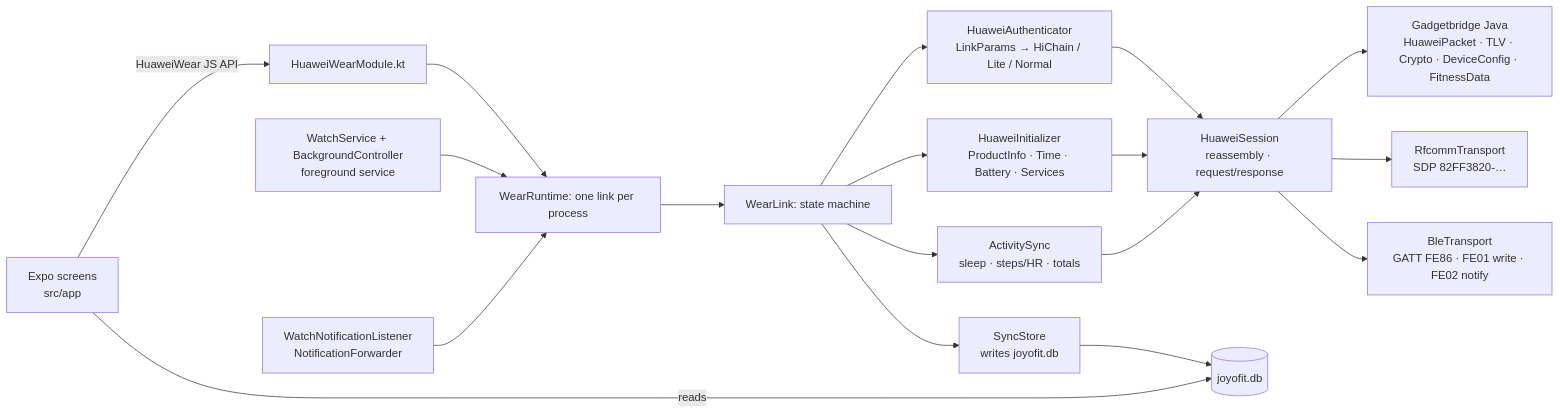
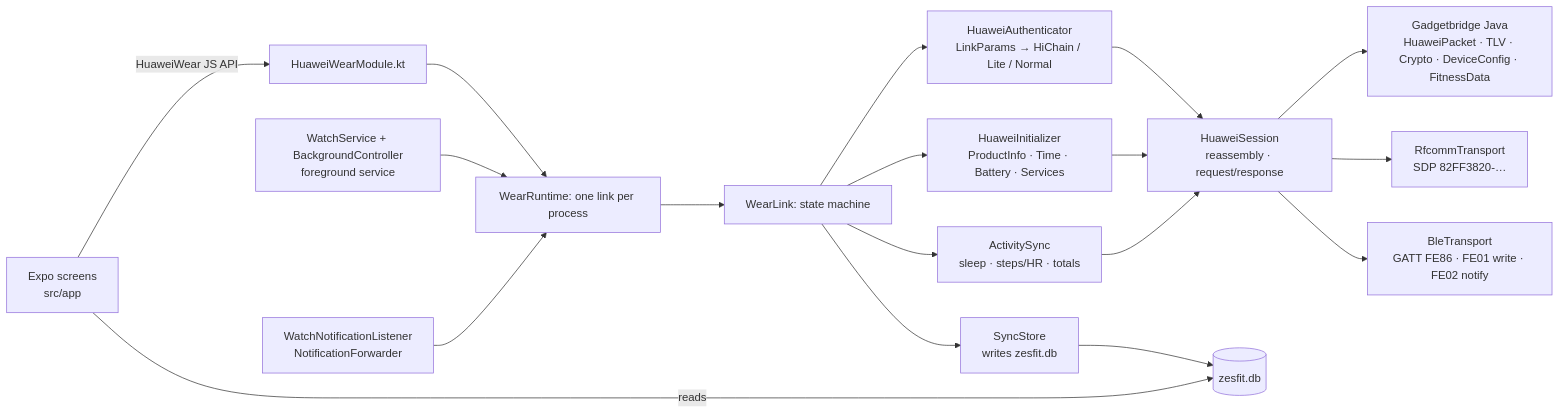
Before and after one commit to fillahfirdausyah/zesfit: the diagram in README.md, drawn with Mermaid. The commit also changed other lines of this file and 460 other files, not shown here.

First line of the commit message:
Rebrand as Zesfit and remove cloud sync

````diff
--- a/README.md
+++ b/README.md
@@ -48,18 +48,18 @@
 ```mermaid
 flowchart LR
   UI[Expo screens<br/>src/app] -- HuaweiWear JS API --> MOD[HuaweiWearModule.kt]
   MOD --> RT[WearRuntime: one link per process]
   SVC[WatchService + BackgroundController<br/>foreground service] --> RT
   NL[WatchNotificationListener<br/>NotificationForwarder] --> RT
   RT --> LINK[WearLink: state machine]
   LINK --> AUTH[HuaweiAuthenticator<br/>LinkParams → HiChain / Lite / Normal]
   LINK --> INIT[HuaweiInitializer<br/>ProductInfo · Time · Battery · Services]
   LINK --> SYNC[ActivitySync<br/>sleep · steps/HR · totals]
-  LINK --> STORE[SyncStore<br/>writes joyofit.db]
+  LINK --> STORE[SyncStore<br/>writes zesfit.db]
   AUTH & INIT & SYNC --> SES[HuaweiSession<br/>reassembly · request/response]
   SES --> GB[Gadgetbridge Java<br/>HuaweiPacket · TLV · Crypto · DeviceConfig · FitnessData]
   SES --> RF[RfcommTransport<br/>SDP 82FF3820-…]
   SES --> BLE[BleTransport<br/>GATT FE86 · FE01 write · FE02 notify]
-  STORE --> DB[(joyofit.db)]
+  STORE --> DB[(zesfit.db)]
   UI -- reads --> DB
 ```
````
